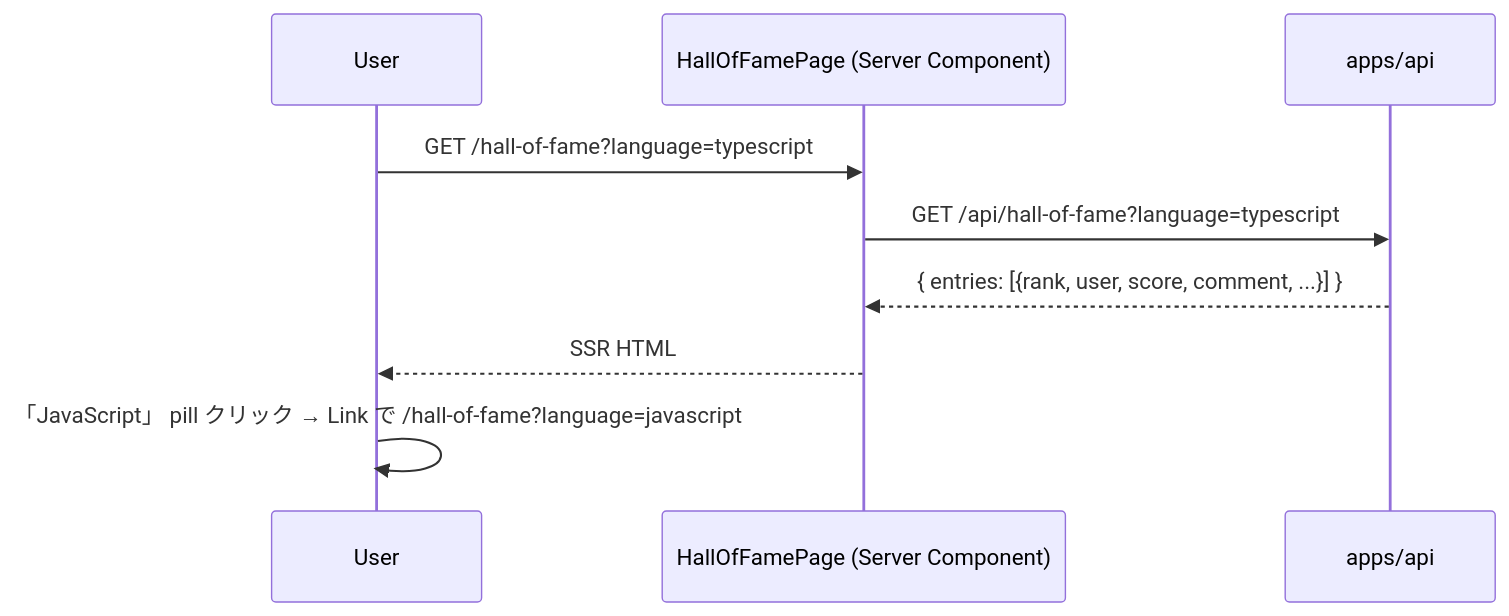
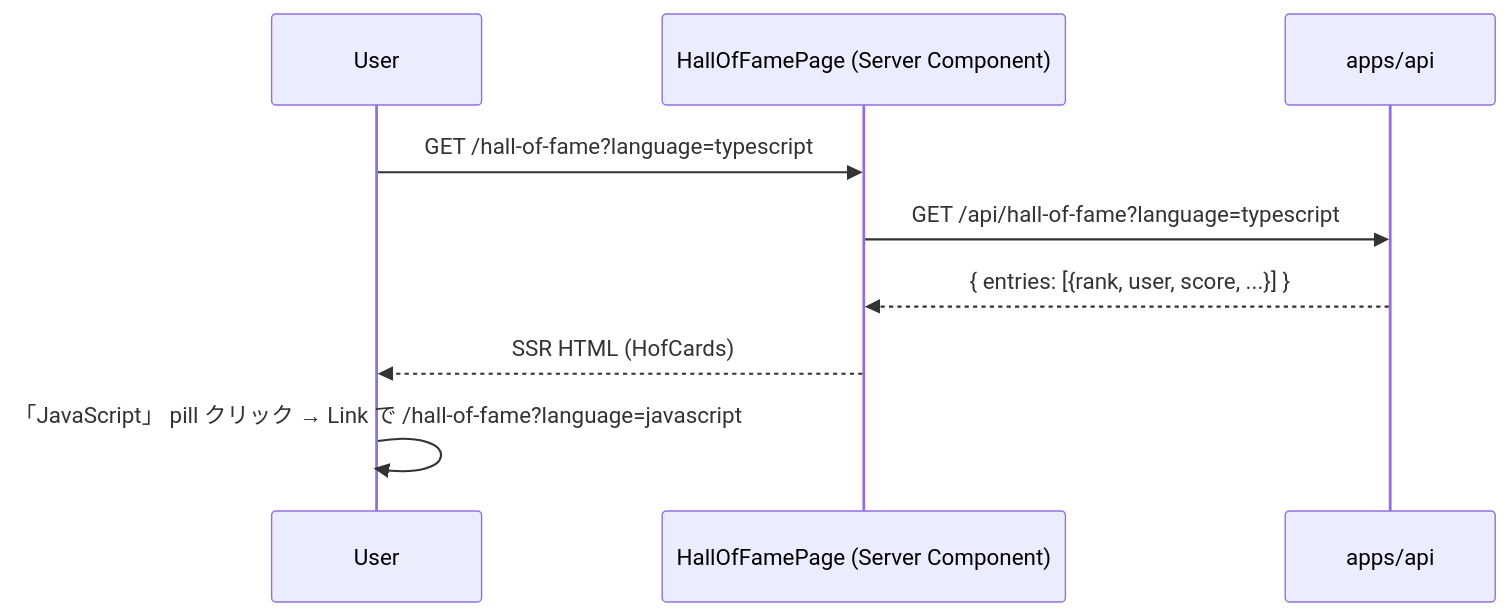
One commit to kentakki416/typing-royale changed the first of 2 diagrams in docs/spec/rewards/step5-web-hall-of-fame-and-top10-modal.md. Above: the diagram before and after it, drawn with Mermaid. The commit also changed other lines of this file and 51 other files, not shown here.

````diff
--- a/docs/spec/rewards/step5-web-hall-of-fame-and-top10-modal.md
+++ b/docs/spec/rewards/step5-web-hall-of-fame-and-top10-modal.md
@@ -102,12 +84,12 @@
 ```mermaid
 sequenceDiagram
     participant U as User
     participant SC as HallOfFamePage (Server Component)
     participant API as apps/api
 
     U->>SC: GET /hall-of-fame?language=typescript
     SC->>API: GET /api/hall-of-fame?language=typescript
-    API-->>SC: { entries: [{rank, user, score, comment, ...}] }
-    SC-->>U: SSR HTML
+    API-->>SC: { entries: [{rank, user, score, ...}] }
+    SC-->>U: SSR HTML (HofCards)
     U->>U: 「JavaScript」 pill クリック → Link で /hall-of-fame?language=javascript
 ```
````
